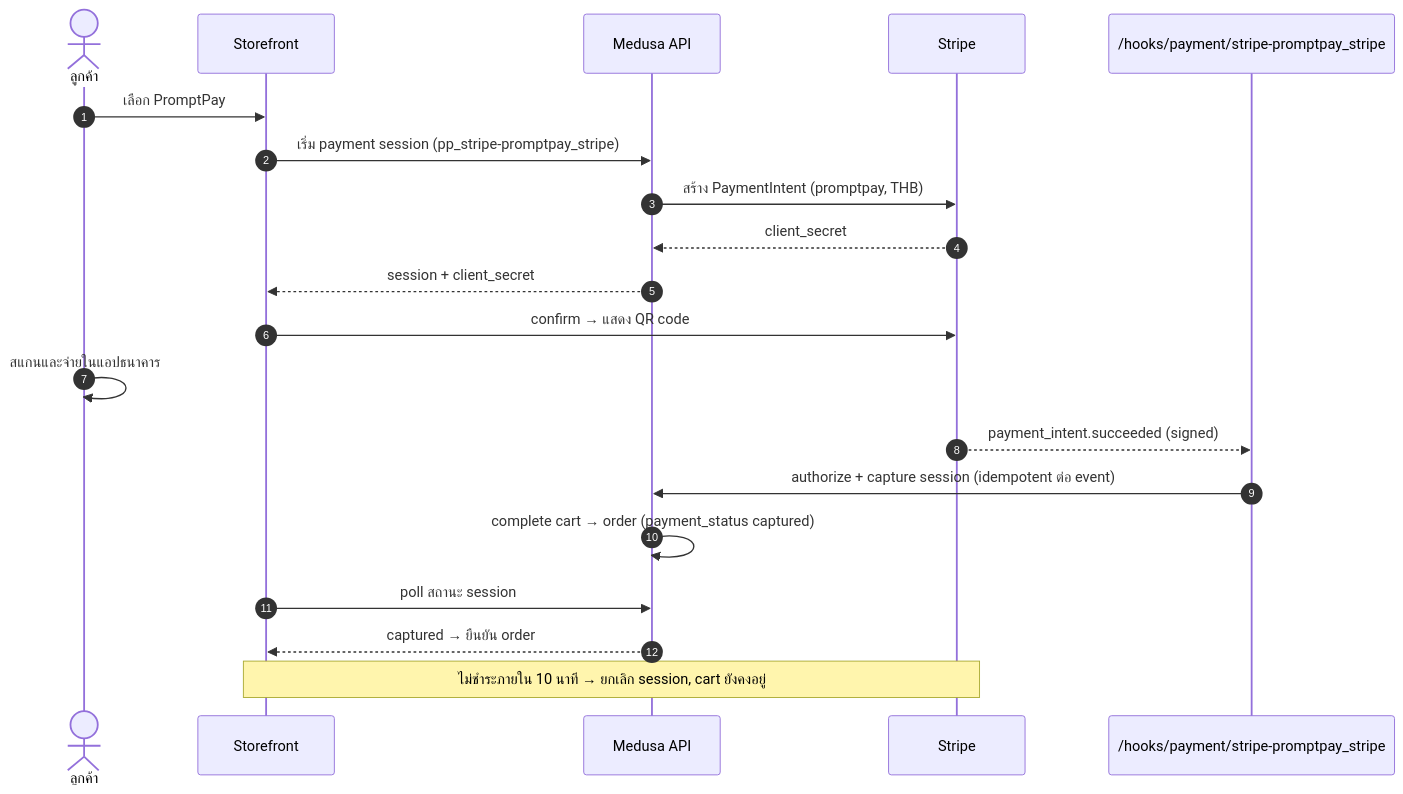
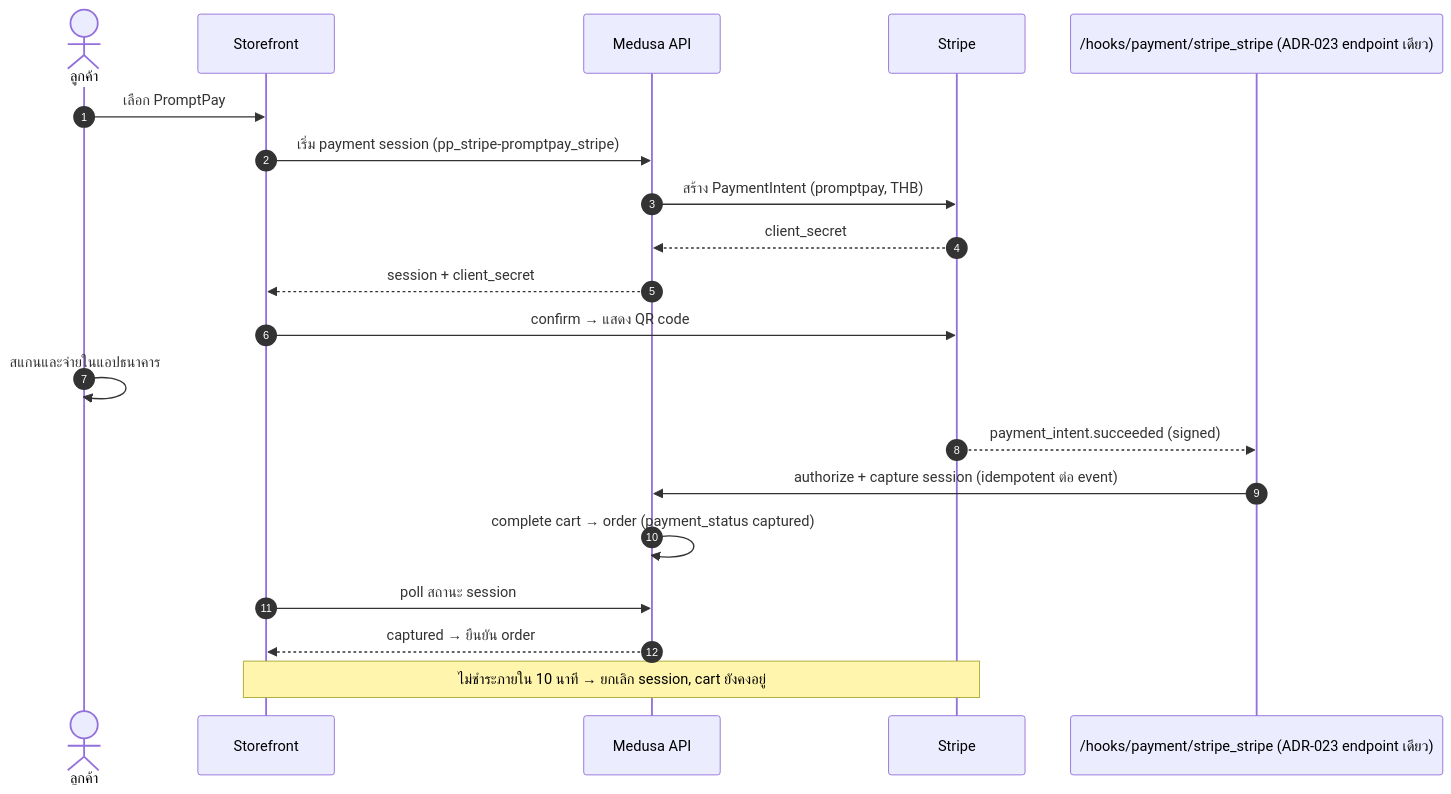
The seventh of 7 diagrams in docs/design/sequence-diagrams.md (techpowerdev/medusa-ecom), drawn with Mermaid before and after one commit. The commit also changed 9 other files, not shown here.

First line of the commit message:
ci: ใช้ Stripe webhook endpoint เดียว /hooks/payment/stripe_stripe สำหรับบัตรและ PromptPay (PAY-7)

````diff
--- a/docs/design/sequence-diagrams.md
+++ b/docs/design/sequence-diagrams.md
@@ -182,23 +182,23 @@
 ```mermaid
 sequenceDiagram
   autonumber
   actor C as ลูกค้า
   participant SF as Storefront
   participant API as Medusa API
   participant ST as Stripe
-  participant WH as /hooks/payment/stripe-promptpay_stripe
+  participant WH as /hooks/payment/stripe_stripe (ADR-023 endpoint เดียว)
 
   C->>SF: เลือก PromptPay
   SF->>API: เริ่ม payment session (pp_stripe-promptpay_stripe)
   API->>ST: สร้าง PaymentIntent (promptpay, THB)
   ST-->>API: client_secret
   API-->>SF: session + client_secret
   SF->>ST: confirm → แสดง QR code
   C->>C: สแกนและจ่ายในแอปธนาคาร
   ST-->>WH: payment_intent.succeeded (signed)
   WH->>API: authorize + capture session (idempotent ต่อ event)
   API->>API: complete cart → order (payment_status captured)
   SF->>API: poll สถานะ session
   API-->>SF: captured → ยืนยัน order
   Note over SF,ST: ไม่ชำระภายใน 10 นาที → ยกเลิก session, cart ยังคงอยู่
 ```
````
